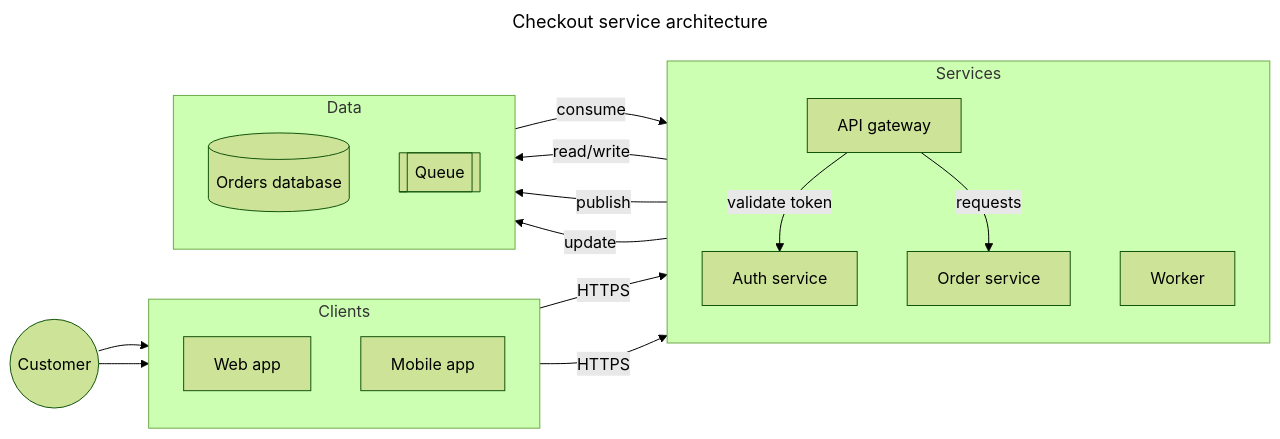
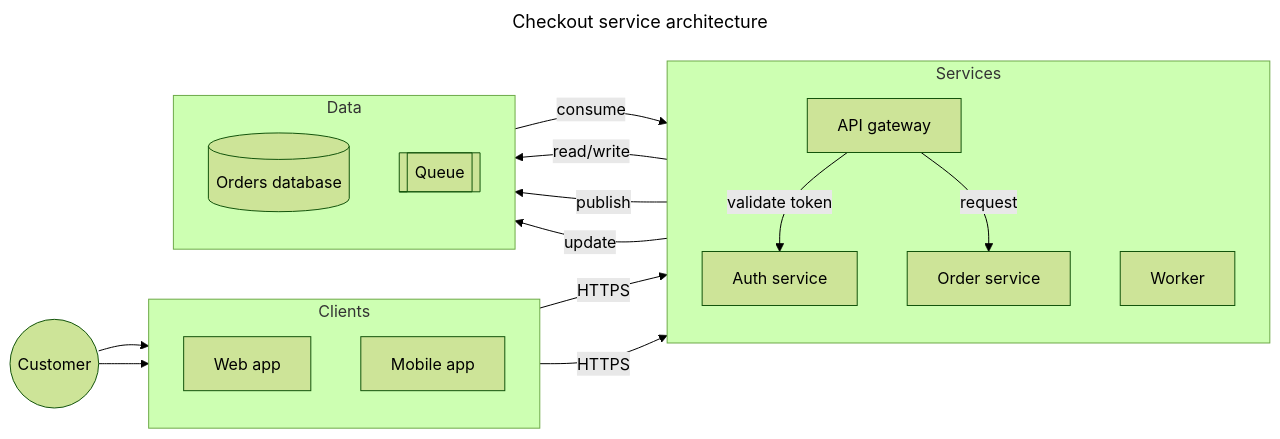
The diagram in docs/evaluations/agent-diagrams/reference/architecture/mermaid.mmd (byronwall/draftably), drawn with Mermaid (forest theme) before and after one commit. The commit also changed 59 other files, not shown here.

```diff
--- a/docs/evaluations/agent-diagrams/reference/architecture/mermaid.mmd
+++ b/docs/evaluations/agent-diagrams/reference/architecture/mermaid.mmd
@@ -1,36 +1,36 @@
 ---
 title: Checkout service architecture
 ---
 flowchart LR
     Customer((Customer))
 
     subgraph clients [Clients]
         direction TB
         web[Web app]
         mobile[Mobile app]
     end
 
     subgraph services [Services]
         direction TB
         gateway[API gateway]
         auth[Auth service]
         order[Order service]
         worker[Worker]
     end
 
     subgraph data [Data]
         direction TB
         db[(Orders database)]
         queue[[Queue]]
     end
 
     Customer --> web
     Customer --> mobile
     web -->|HTTPS| gateway
     mobile -->|HTTPS| gateway
     gateway -->|validate token| auth
-    gateway -->|requests| order
+    gateway -->|request| order
     order -->|read/write| db
     order -->|publish| queue
     queue -->|consume| worker
     worker -->|update| db
```
